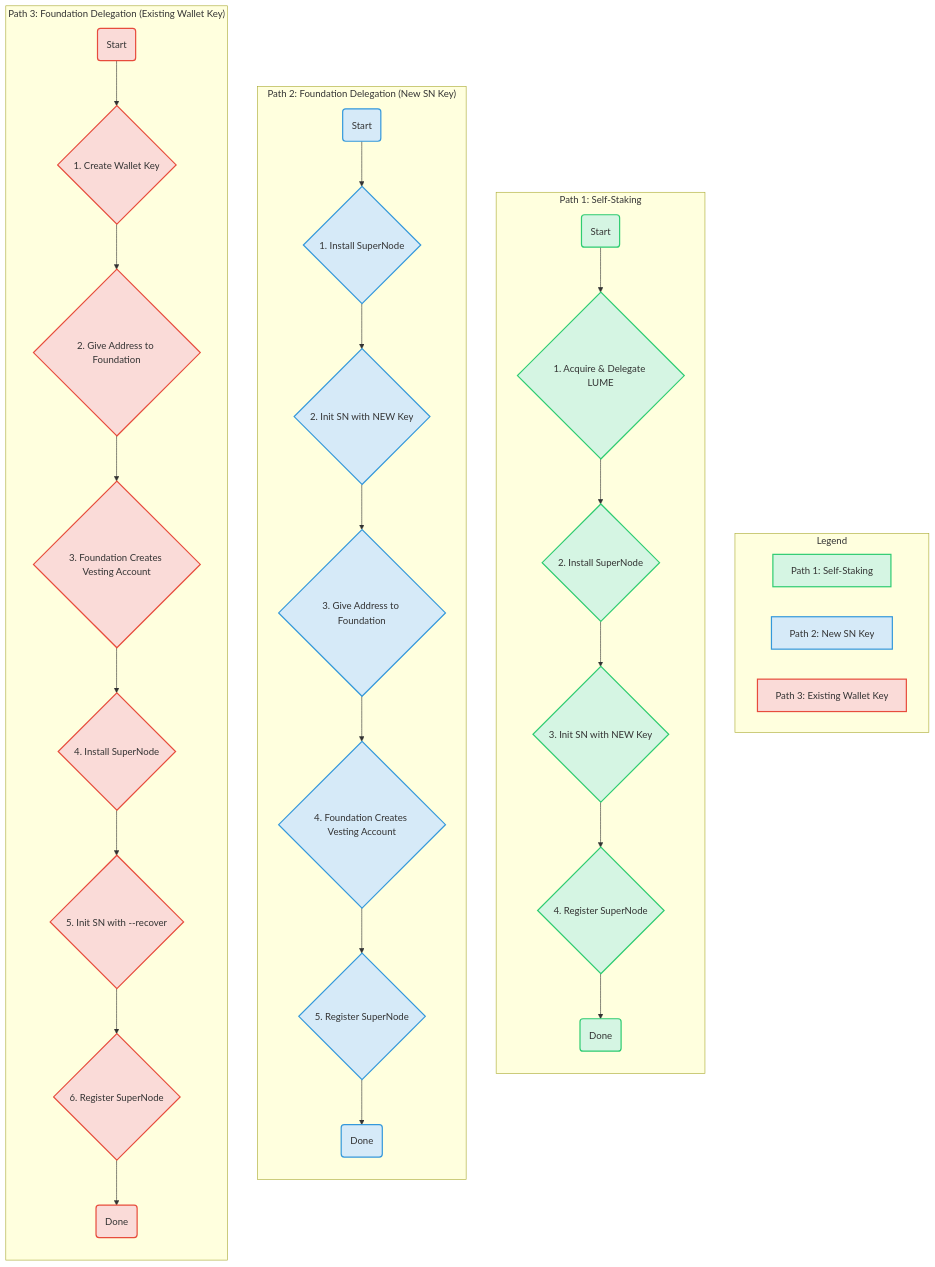
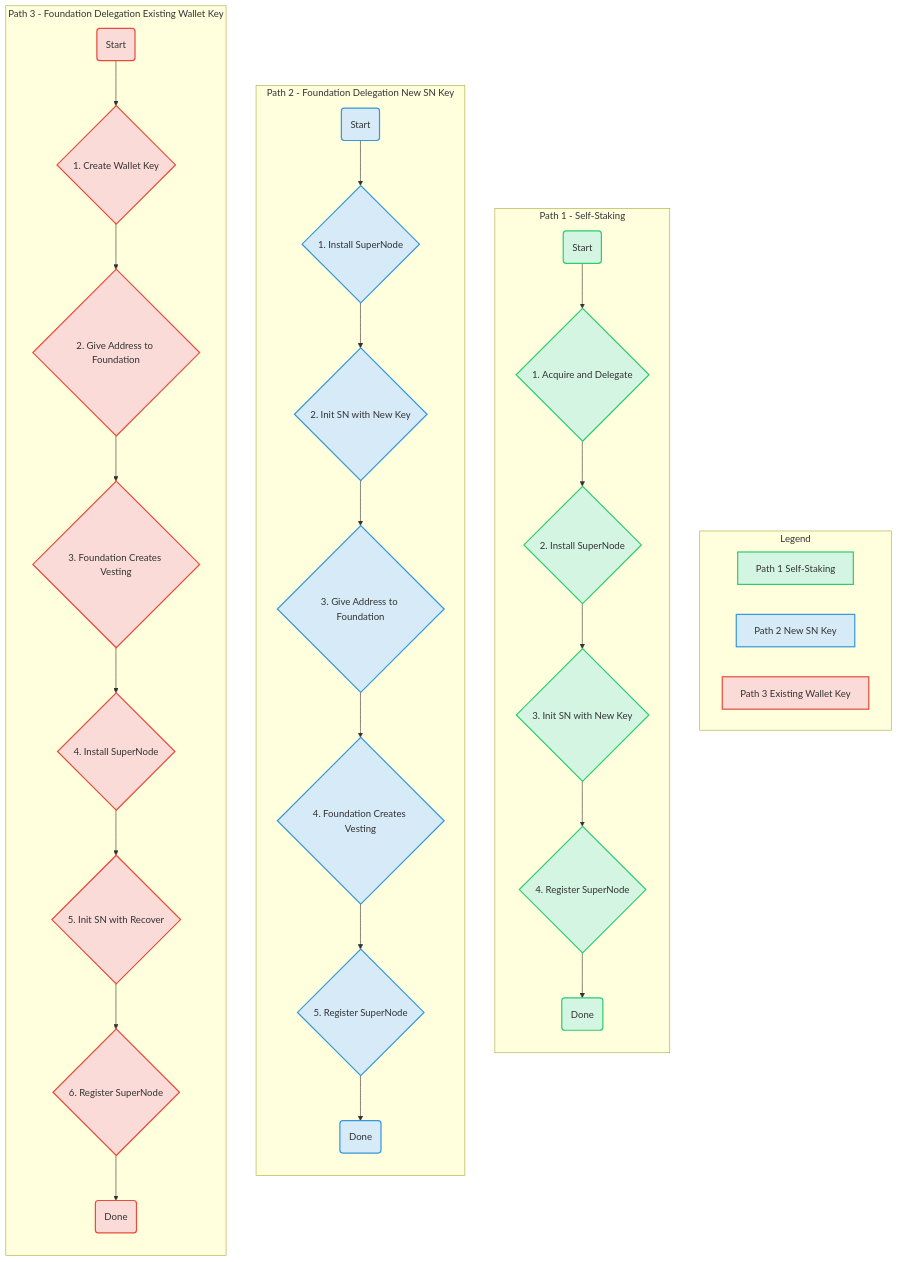
Before and after one commit to molla202/lumera-networks: the diagram in docs/SUPERNODE_GUIDE.md, drawn with Mermaid. The commit also changed other lines of this file, not shown here.

Commit message:
docs: improve mermaid diagram and systemd instructions

````diff
--- a/docs/SUPERNODE_GUIDE.md
+++ b/docs/SUPERNODE_GUIDE.md
@@ -15,47 +15,47 @@
 ```mermaid
 graph TD
     subgraph Legend
         direction LR
-        A1[Path 1: Self-Staking]:::path1Style
-        A2[Path 2: New SN Key]:::path2Style
-        A3[Path 3: Existing Wallet Key]:::path3Style
+        A1[Path 1 Self-Staking]:::path1Style
+        A2[Path 2 New SN Key]:::path2Style
+        A3[Path 3 Existing Wallet Key]:::path3Style
     end
 
-    subgraph "Path 1: Self-Staking"
+    subgraph "Path 1 - Self-Staking"
         direction TB
-        P1_Start(Start) --> P1_Step1{1. Acquire & Delegate LUME};
+        P1_Start(Start) --> P1_Step1{1. Acquire and Delegate};
         P1_Step1 --> P1_Step2{2. Install SuperNode};
-        P1_Step2 --> P1_Step3{3. Init SN with NEW Key};
+        P1_Step2 --> P1_Step3{3. Init SN with New Key};
         P1_Step3 --> P1_Step4{4. Register SuperNode};
         P1_Step4 --> P1_End(Done);
     end
 
-    subgraph "Path 2: Foundation Delegation (New SN Key)"
+    subgraph "Path 2 - Foundation Delegation New SN Key"
         direction TB
         P2_Start(Start) --> P2_Step1{1. Install SuperNode};
-        P2_Step1 --> P2_Step2{2. Init SN with NEW Key};
+        P2_Step1 --> P2_Step2{2. Init SN with New Key};
         P2_Step2 --> P2_Step3{3. Give Address to Foundation};
-        P2_Step3 --> P2_Step4{4. Foundation Creates Vesting Account};
+        P2_Step3 --> P2_Step4{4. Foundation Creates Vesting};
         P2_Step4 --> P2_Step5{5. Register SuperNode};
         P2_Step5 --> P2_End(Done);
     end
 
-    subgraph "Path 3: Foundation Delegation (Existing Wallet Key)"
+    subgraph "Path 3 - Foundation Delegation Existing Wallet Key"
         direction TB
         P3_Start(Start) --> P3_Step1{1. Create Wallet Key};
         P3_Step1 --> P3_Step2{2. Give Address to Foundation};
-        P3_Step2 --> P3_Step3{3. Foundation Creates Vesting Account};
+        P3_Step2 --> P3_Step3{3. Foundation Creates Vesting};
         P3_Step3 --> P3_Step4{4. Install SuperNode};
-        P3_Step4 --> P3_Step5{5. Init SN with --recover};
+        P3_Step4 --> P3_Step5{5. Init SN with Recover};
         P3_Step5 --> P3_Step6{6. Register SuperNode};
         P3_Step6 --> P3_End(Done);
     end
 
     classDef path1Style fill:#D5F5E3,stroke:#2ECC71,stroke-width:2px;
     classDef path2Style fill:#D6EAF8,stroke:#3498DB,stroke-width:2px;
     classDef path3Style fill:#FADBD8,stroke:#E74C3C,stroke-width:2px;
 
     class P1_Start,P1_Step1,P1_Step2,P1_Step3,P1_Step4,P1_End path1Style;
     class P2_Start,P2_Step1,P2_Step2,P2_Step3,P2_Step4,P2_Step5,P2_End path2Style;
     class P3_Start,P3_Step1,P3_Step2,P3_Step3,P3_Step4,P3_Step5,P3_Step6,P3_End path3Style;
 ```
````
